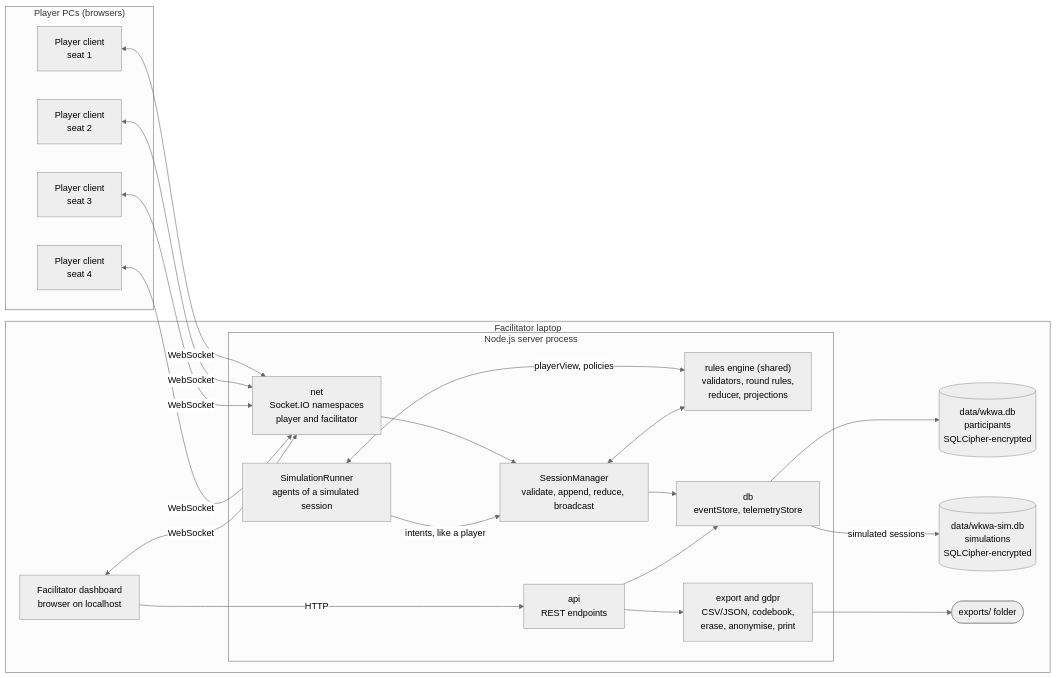
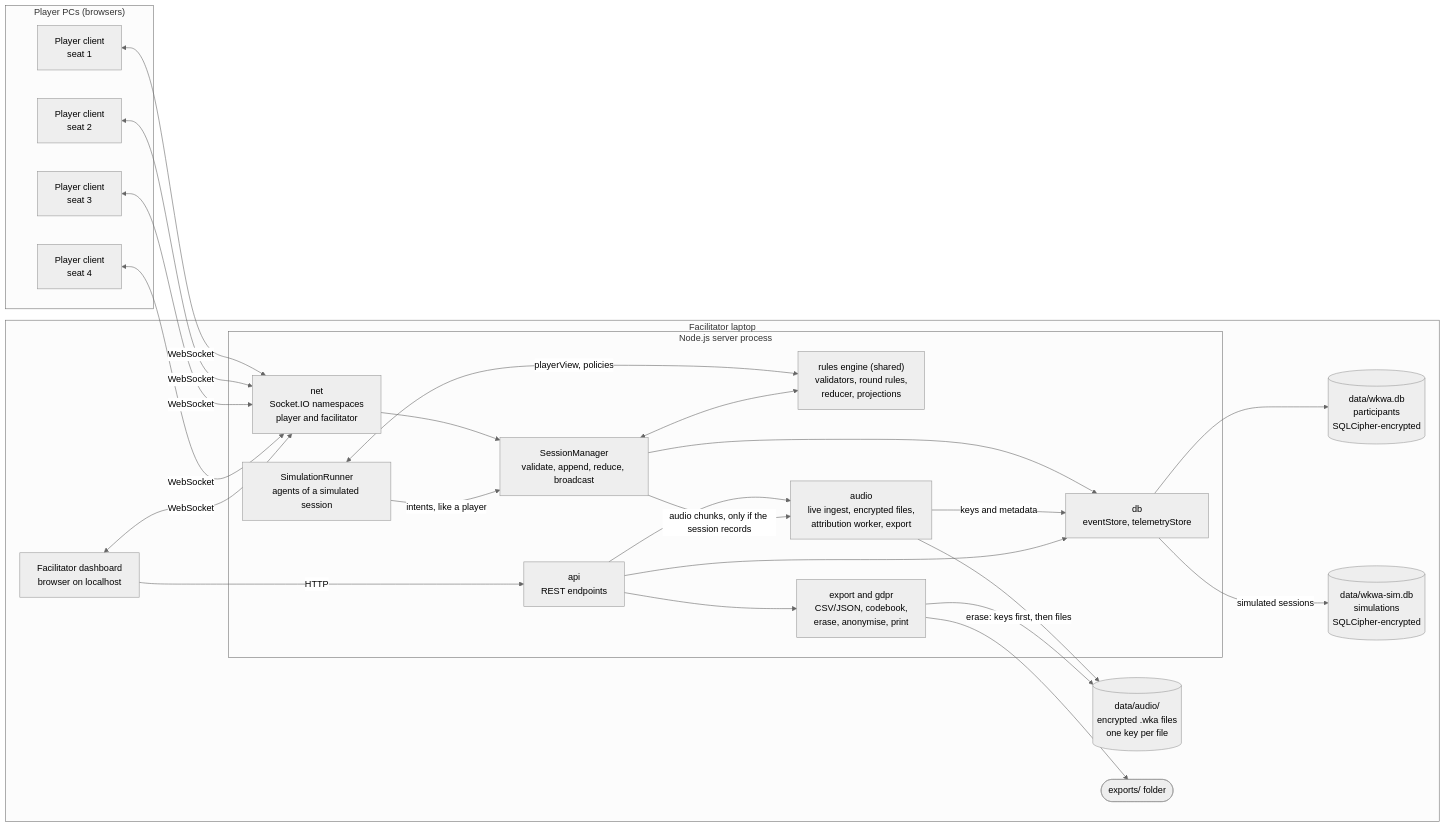
Before and after one commit to xy-zak/WhoKnowsWhoActs: the first of 9 diagrams in docs/ARCHITECTURE.md, drawn with Mermaid (neutral theme). The commit also changed other lines of this file and 19 other files, not shown here.

````diff
--- a/docs/ARCHITECTURE.md
+++ b/docs/ARCHITECTURE.md
@@ -84,40 +86,47 @@
 ```mermaid
 flowchart LR
   subgraph Players["Player PCs (browsers)"]
     P1["Player client<br/>seat 1"]
     P2["Player client<br/>seat 2"]
     P3["Player client<br/>seat 3"]
     P4["Player client<br/>seat 4"]
   end
   subgraph Laptop["Facilitator laptop"]
     F["Facilitator dashboard<br/>browser on localhost"]
     subgraph Server["Node.js server process"]
       NET["net<br/>Socket.IO namespaces<br/>player and facilitator"]
       API["api<br/>REST endpoints"]
       SM["SessionManager<br/>validate, append, reduce, broadcast"]
       SIM["SimulationRunner<br/>agents of a simulated session"]
       RULES["rules engine (shared)<br/>validators, round rules,<br/>reducer, projections"]
       STORE["db<br/>eventStore, telemetryStore"]
       GDPR["export and gdpr<br/>CSV/JSON, codebook,<br/>erase, anonymise, print"]
+      AUD["audio<br/>live ingest, encrypted files,<br/>attribution worker, export"]
     end
     DB[("data/wkwa.db<br/>participants<br/>SQLCipher-encrypted")]
     SDB[("data/wkwa-sim.db<br/>simulations<br/>SQLCipher-encrypted")]
+    AFILES[("data/audio/<br/>encrypted .wka files<br/>one key per file")]
     EXP(["exports/ folder"])
   end
   P1 <-->|WebSocket| NET
   P2 <-->|WebSocket| NET
   P3 <-->|WebSocket| NET
   P4 <-->|WebSocket| NET
   F <-->|WebSocket| NET
   F -->|HTTP| API
   NET --> SM
   SIM -->|"intents, like a player"| SM
   SIM <-->|"playerView, policies"| RULES
   SM <--> RULES
   SM --> STORE
   API --> GDPR
+  API --> AUD
+  SM -->|"audio chunks, only if the session records"| AUD
+  AUD --> AFILES
+  AUD -->|"keys and metadata"| STORE
+  GDPR -->|"erase: keys first, then files"| AFILES
   API --> STORE
   STORE --> DB
   STORE -->|"simulated sessions"| SDB
   GDPR --> EXP
 ```
````
